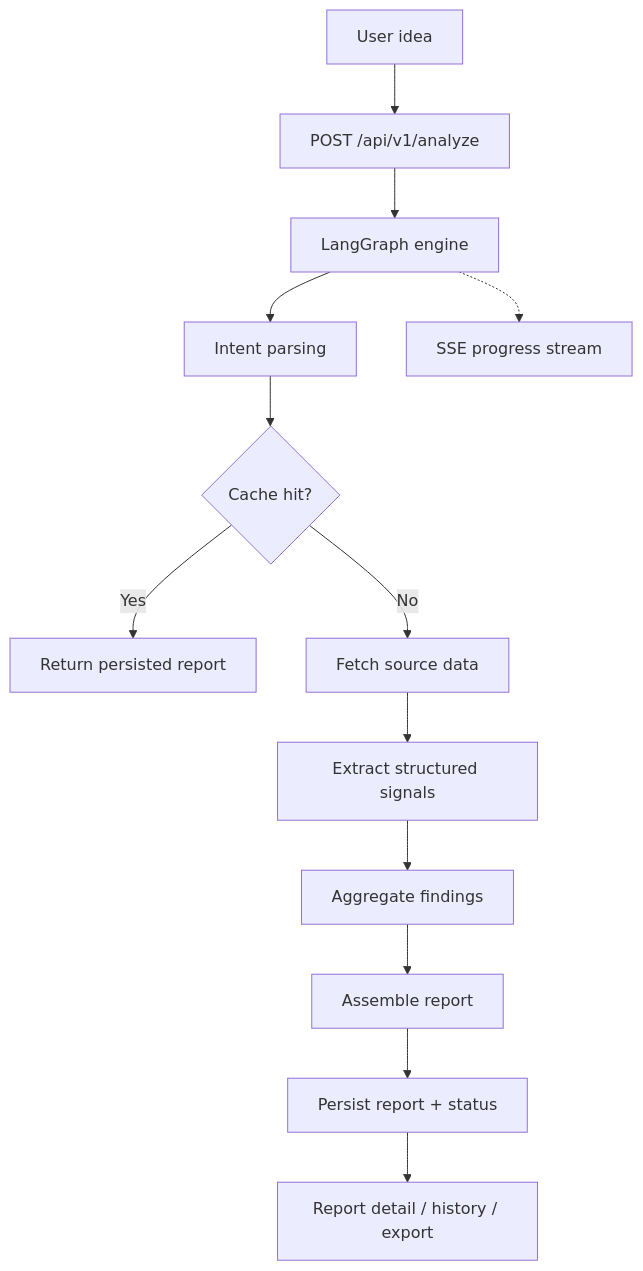
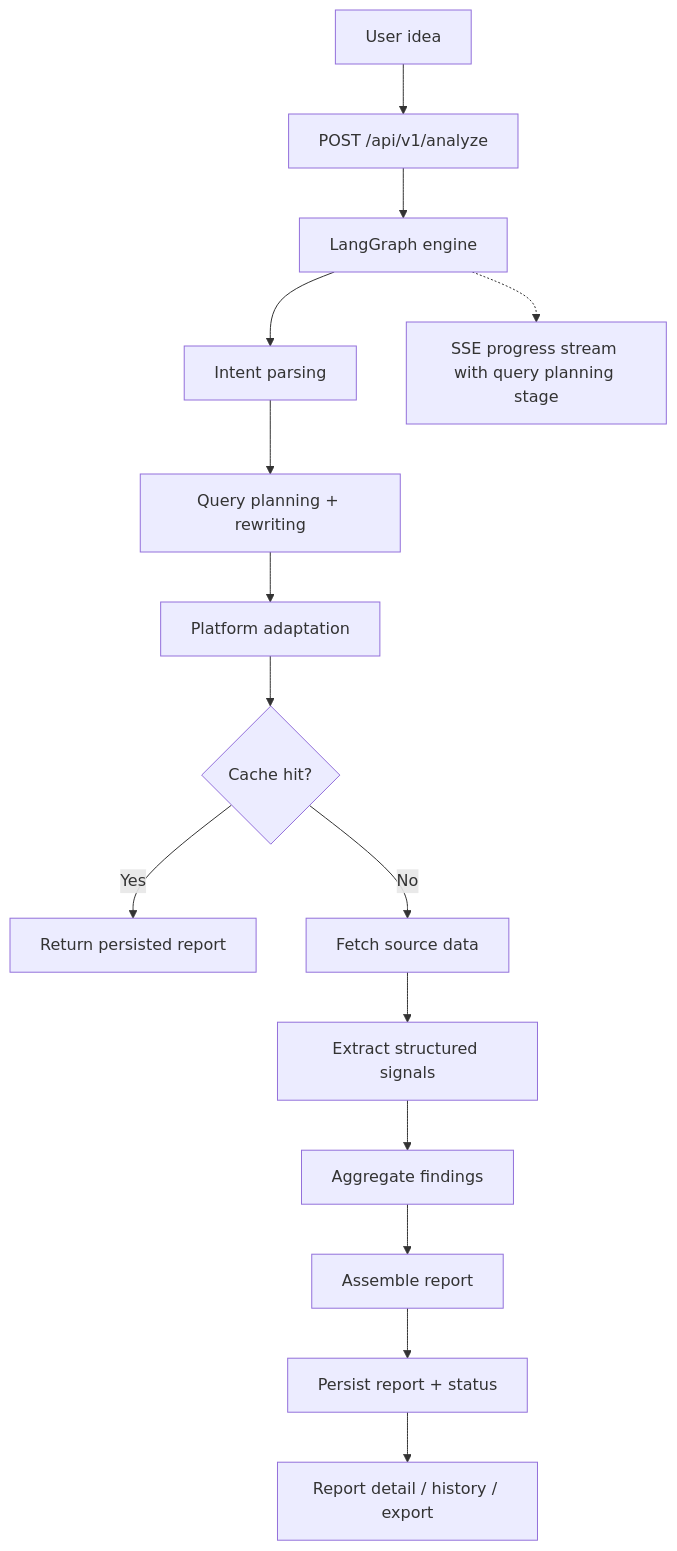
One commit to Tendo33/IdeaGo changed the diagram in README.md. Above: the diagram before and after it, drawn with Mermaid. The commit also changed other lines of this file and 1 other file, not shown here.

Commit message:
docs(readme): refresh pipeline overview

````diff
--- a/README.md
+++ b/README.md
@@ -174,15 +175,17 @@
 ```mermaid
 flowchart TD
     A["User idea"] --> B["POST /api/v1/analyze"]
     B --> C["LangGraph engine"]
     C --> D["Intent parsing"]
-    D --> E{"Cache hit?"}
-    E -->|Yes| F["Return persisted report"]
-    E -->|No| G["Fetch source data"]
-    G --> H["Extract structured signals"]
-    H --> I["Aggregate findings"]
-    I --> J["Assemble report"]
-    J --> K["Persist report + status"]
-    K --> L["Report detail / history / export"]
-    C -.-> M["SSE progress stream"]
+    D --> E["Query planning + rewriting"]
+    E --> F["Platform adaptation"]
+    F --> G{"Cache hit?"}
+    G -->|Yes| H["Return persisted report"]
+    G -->|No| I["Fetch source data"]
+    I --> J["Extract structured signals"]
+    J --> K["Aggregate findings"]
+    K --> L["Assemble report"]
+    L --> M["Persist report + status"]
+    M --> N["Report detail / history / export"]
+    C -.-> O["SSE progress stream with query planning stage"]
 ```
````
